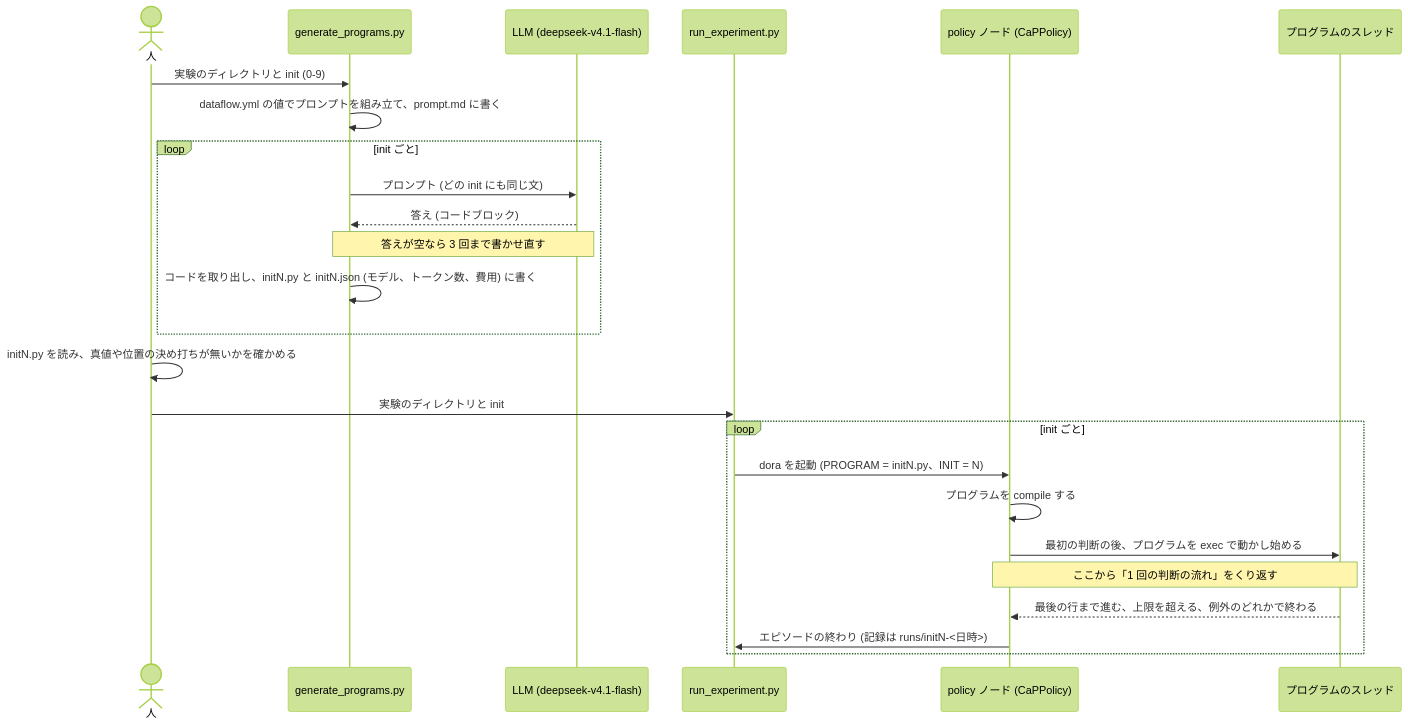
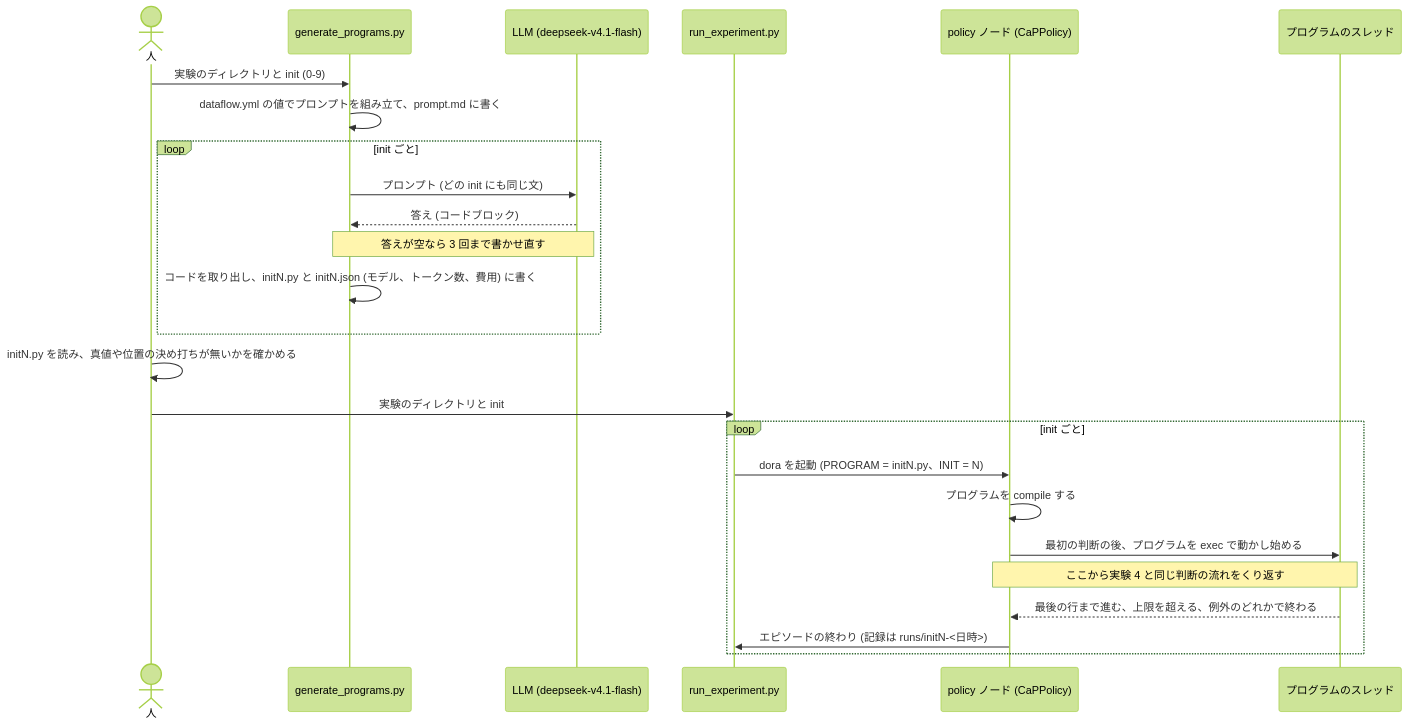
The second of 2 diagrams in docs/walkthrough/README.md (pokutuna/jev-robot-control-experiments), drawn with Mermaid (forest theme) before and after one commit. The commit also changed other lines of this file and 5 other files, not shown here.

````diff
--- a/docs/walkthrough/README.md
+++ b/docs/walkthrough/README.md
@@ -326,27 +432,27 @@
 ```mermaid
 sequenceDiagram
     actor H as 人
     participant G as generate_programs.py
     participant L as LLM (deepseek-v4.1-flash)
     participant R as run_experiment.py
     participant P as policy ノード (CaPPolicy)
     participant T as プログラムのスレッド
     H->>G: 実験のディレクトリと init (0-9)
     G->>G: dataflow.yml の値でプロンプトを組み立て、prompt.md に書く
     loop init ごと
         G->>L: プロンプト (どの init にも同じ文)
         L-->>G: 答え (コードブロック)
         Note over G,L: 答えが空なら 3 回まで書かせ直す
         G->>G: コードを取り出し、initN.py と initN.json (モデル、トークン数、費用) に書く
     end
     H->>H: initN.py を読み、真値や位置の決め打ちが無いかを確かめる
     H->>R: 実験のディレクトリと init
     loop init ごと
         R->>P: dora を起動 (PROGRAM = initN.py、INIT = N)
         P->>P: プログラムを compile する
         P->>T: 最初の判断の後、プログラムを exec で動かし始める
-        Note over P,T: ここから「1 回の判断の流れ」をくり返す
+        Note over P,T: ここから実験 4 と同じ判断の流れをくり返す
         T-->>P: 最後の行まで進む、上限を超える、例外のどれかで終わる
         P->>R: エピソードの終わり (記録は runs/initN-<日時>)
     end
 ```
````
